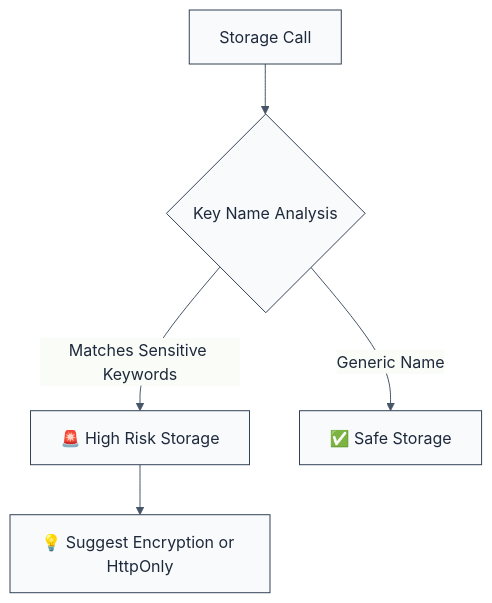
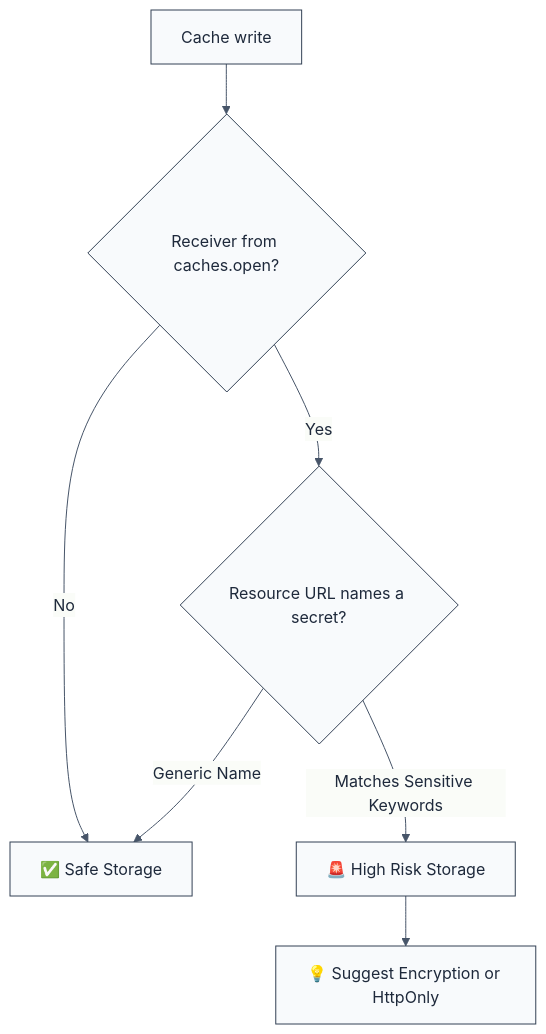
Before and after one commit to ofri-peretz/eslint: the diagram in apps/docs/content/docs/security/plugin-browser-security/rules/no-sensitive-data-in-cache.mdx, drawn with Mermaid. The commit also changed other lines of this file and 883 other files, not shown here.

````diff
--- a/apps/docs/content/docs/security/plugin-browser-security/rules/no-sensitive-data-in-cache.mdx
+++ b/apps/docs/content/docs/security/plugin-browser-security/rules/no-sensitive-data-in-cache.mdx
@@ -57,21 +59,23 @@
 ```mermaid
 %%{init: {
   'theme': 'base',
   'themeVariables': {
     'primaryColor': '#f8fafc',
     'primaryTextColor': '#1e293b',
     'primaryBorderColor': '#334155',
     'lineColor': '#475569',
     'c0': '#f8fafc',
     'c1': '#f1f5f9',
     'c2': '#e2e8f0',
     'c3': '#cbd5e1'
   }
 }}%%
 flowchart TD
-    A["Storage Call"] --> B{"Key Name Analysis"}
+    A["Cache write"] --> P{"Receiver from caches.open?"}
+    P -->|No| D
+    P -->|Yes| B{"Resource URL names a secret?"}
     B -->|Matches Sensitive Keywords| C["🚨 High Risk Storage"]
     B -->|Generic Name| D["✅ Safe Storage"]
     C --> E["💡 Suggest Encryption or HttpOnly"]
 
 ```
````
